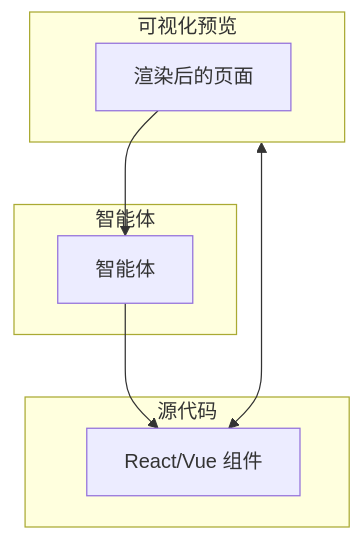
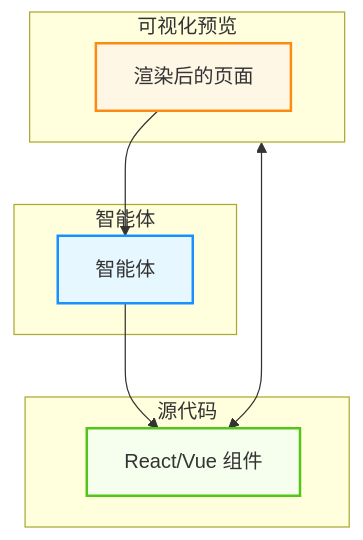
One commit to yeasy/agentic_ai_guide changed the third of 4 diagrams in 04_tools/4.5_browser.md. Above: the diagram before and after it, drawn with Mermaid. The commit also changed other lines of this file and 36 other files, not shown here.

````diff
--- a/04_tools/4.5_browser.md
+++ b/04_tools/4.5_browser.md
@@ -180,18 +199,27 @@
 ```mermaid
 graph TD
+    %% Agentic Design System
+    classDef agent fill:#e6f7ff,stroke:#1890ff,stroke-width:2px;
+    classDef tool fill:#f6ffed,stroke:#52c41a,stroke-width:2px;
+    classDef user fill:#fff7e6,stroke:#fa8c16,stroke-width:2px;
+
     subgraph Visual [可视化预览]
         Page[渲染后的页面]
     end
     
     subgraph Code [源代码]
         Source[React/Vue 组件]
     end
     
     subgraph Ag [智能体]
         Agent[智能体]
     end
     
     Visual <--> Source
     Page --> Agent
     Agent --> Source
+    
+    class Page user;
+    class Source tool;
+    class Agent agent;
 ```
````
